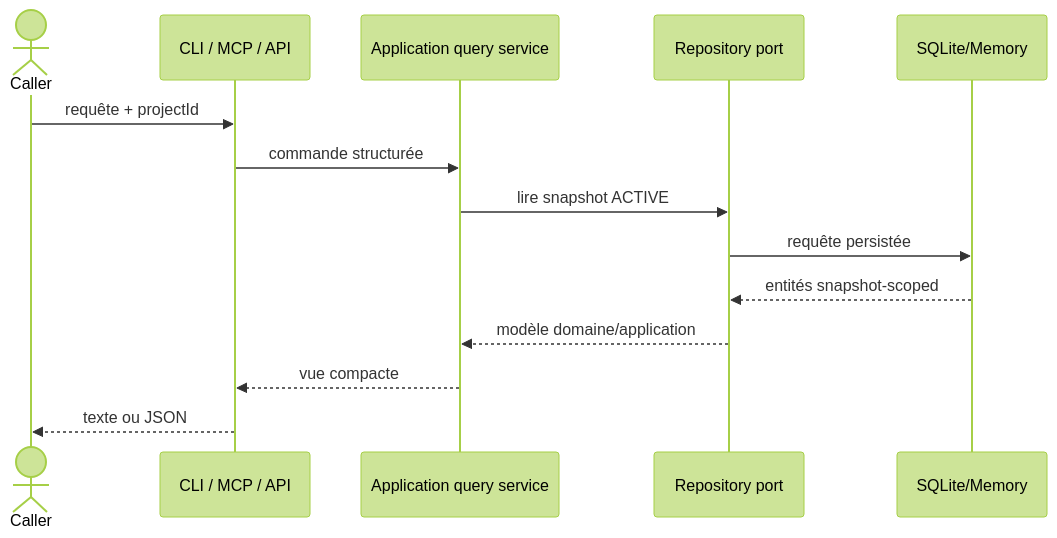
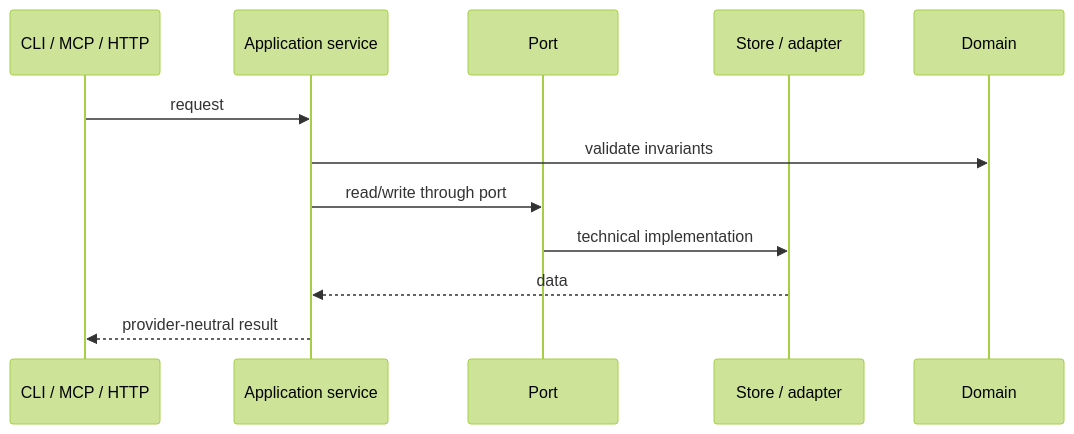
One commit to FTurleque/morpheus-engine changed the fifth of 5 diagrams in docs/developer/ARCHITECTURE.md. Above: the diagram before and after it, drawn with Mermaid (forest theme). The commit also changed other lines of this file, not shown here.

Commit message:
docs(architecture): advance active architecture to M18

````diff
--- a/docs/developer/ARCHITECTURE.md
+++ b/docs/developer/ARCHITECTURE.md
@@ -456,17 +332,15 @@
 ```mermaid
 sequenceDiagram
-    actor Caller
-    participant Adapter as CLI / MCP / API
-    participant Query as Application query service
-    participant Repo as Repository port
-    participant Store as SQLite/Memory
+    participant X as CLI / MCP / HTTP
+    participant A as Application service
+    participant P as Port
+    participant S as Store / adapter
+    participant D as Domain
 
-    Caller->>Adapter: requête + projectId
-    Adapter->>Query: commande structurée
-    Query->>Repo: lire snapshot ACTIVE
-    Repo->>Store: requête persistée
-    Store-->>Repo: entités snapshot-scoped
-    Repo-->>Query: modèle domaine/application
-    Query-->>Adapter: vue compacte
-    Adapter-->>Caller: texte ou JSON
+    X->>A: request
+    A->>D: validate invariants
+    A->>P: read/write through port
+    P->>S: technical implementation
+    S-->>A: data
+    A-->>X: provider-neutral result
 ```
````
